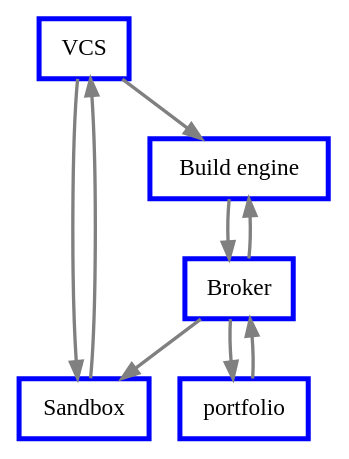
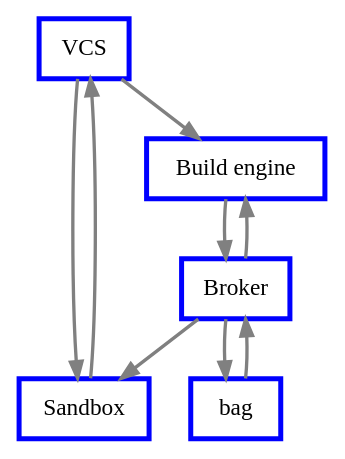
One commit to gpuoti/Artifact-PonyExpress changed the diagram in doc/source/img-source/build_environment.dot. Above: the diagram before and after it, drawn with Graphviz. The commit also changed 5 other files, not shown here.

Commit message:
update documentation to match the new name for the pony's artifact repository: Bag (it was portfolio)

```diff
--- a/doc/source/img-source/build_environment.dot
+++ b/doc/source/img-source/build_environment.dot
@@ -1,12 +1,12 @@
 digraph {
     node [shape=box color=blue penwidth=3]
     edge [color=gray penwidth=2 ];
     
     VCS -> Sandbox;
-    portfolio -> Broker -> Sandbox -> VCS;
-    Broker -> portfolio;
+    bag -> Broker -> Sandbox -> VCS;
+    Broker -> bag;
     
     VCS -> "Build engine";
     Broker -> "Build engine";
     "Build engine" ->Broker;
 }
```
